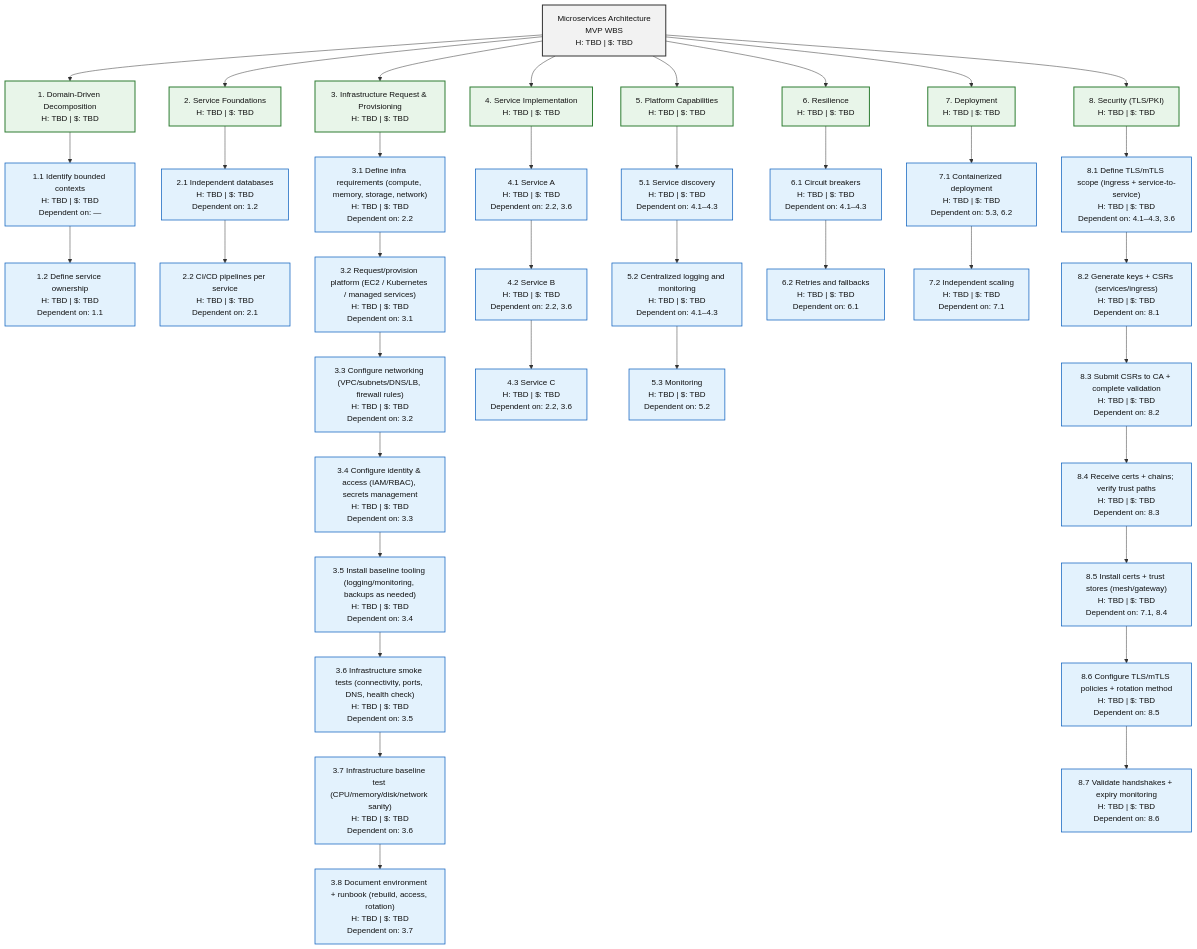
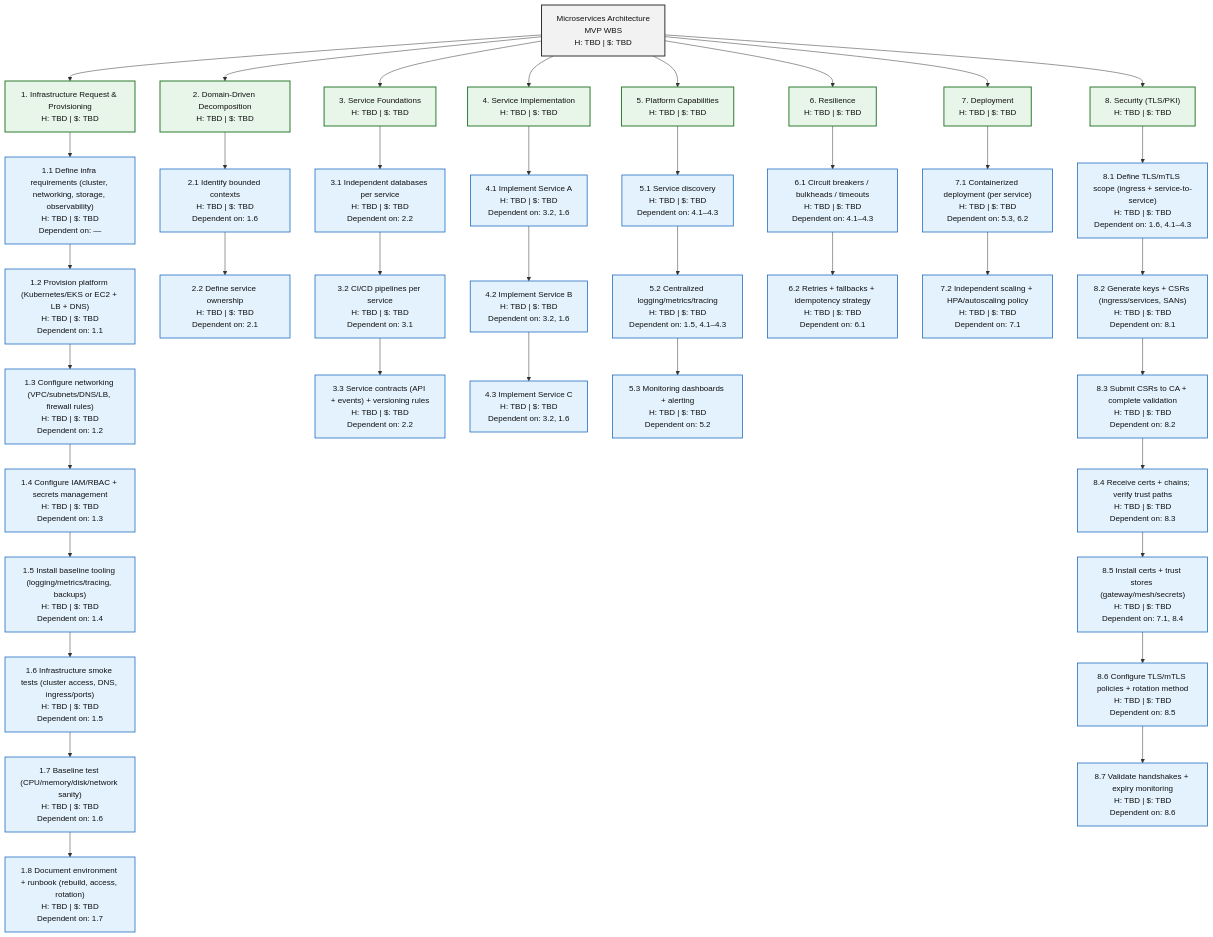
Before and after one commit to lopez-larry/arch-design-documentation: the eighth of 8 diagrams in 30-architecture-styles/5-architecture-style-wbs-overview.md, drawn with Mermaid. The commit also changed other lines of this file, not shown here.

````diff
--- a/30-architecture-styles/5-architecture-style-wbs-overview.md
+++ b/30-architecture-styles/5-architecture-style-wbs-overview.md
@@ -404,54 +404,55 @@
 ```mermaid
 flowchart TB
   A["Microservices Architecture<br/>MVP WBS<br/>H: TBD | $: TBD"]:::summary
 
-  A --> B["1. Domain-Driven Decomposition<br/>H: TBD | $: TBD"]:::phase
-  A --> C["2. Service Foundations<br/>H: TBD | $: TBD"]:::phase
-  A --> I["3. Infrastructure Request & Provisioning<br/>H: TBD | $: TBD"]:::phase
+  A --> I["1. Infrastructure Request & Provisioning<br/>H: TBD | $: TBD"]:::phase
+  A --> B["2. Domain-Driven Decomposition<br/>H: TBD | $: TBD"]:::phase
+  A --> C["3. Service Foundations<br/>H: TBD | $: TBD"]:::phase
   A --> D["4. Service Implementation<br/>H: TBD | $: TBD"]:::phase
   A --> E["5. Platform Capabilities<br/>H: TBD | $: TBD"]:::phase
   A --> F["6. Resilience<br/>H: TBD | $: TBD"]:::phase
   A --> G["7. Deployment<br/>H: TBD | $: TBD"]:::phase
   A --> H["8. Security (TLS/PKI)<br/>H: TBD | $: TBD"]:::phase
 
-  B --> B1["1.1 Identify bounded contexts<br/>H: TBD | $: TBD<br/>Dependent on: —"]:::task
-  B1 --> B2["1.2 Define service ownership<br/>H: TBD | $: TBD<br/>Dependent on: 1.1"]:::task
+  I --> I1["1.1 Define infra requirements (cluster, networking, storage, observability)<br/>H: TBD | $: TBD<br/>Dependent on: —"]:::task
+  I1 --> I2["1.2 Provision platform (Kubernetes/EKS or EC2 + LB + DNS)<br/>H: TBD | $: TBD<br/>Dependent on: 1.1"]:::task
+  I2 --> I3["1.3 Configure networking (VPC/subnets/DNS/LB, firewall rules)<br/>H: TBD | $: TBD<br/>Dependent on: 1.2"]:::task
+  I3 --> I4["1.4 Configure IAM/RBAC + secrets management<br/>H: TBD | $: TBD<br/>Dependent on: 1.3"]:::task
+  I4 --> I5["1.5 Install baseline tooling (logging/metrics/tracing, backups)<br/>H: TBD | $: TBD<br/>Dependent on: 1.4"]:::task
+  I5 --> I6["1.6 Infrastructure smoke tests (cluster access, DNS, ingress/ports)<br/>H: TBD | $: TBD<br/>Dependent on: 1.5"]:::task
+  I6 --> I7["1.7 Baseline test (CPU/memory/disk/network sanity)<br/>H: TBD | $: TBD<br/>Dependent on: 1.6"]:::task
+  I7 --> I8["1.8 Document environment + runbook (rebuild, access, rotation)<br/>H: TBD | $: TBD<br/>Dependent on: 1.7"]:::task
 
-  C --> C1["2.1 Independent databases<br/>H: TBD | $: TBD<br/>Dependent on: 1.2"]:::task
-  C1 --> C2["2.2 CI/CD pipelines per service<br/>H: TBD | $: TBD<br/>Dependent on: 2.1"]:::task
+  B --> B1["2.1 Identify bounded contexts<br/>H: TBD | $: TBD<br/>Dependent on: 1.6"]:::task
+  B1 --> B2["2.2 Define service ownership<br/>H: TBD | $: TBD<br/>Dependent on: 2.1"]:::task
 
-  I --> I1["3.1 Define infra requirements (compute, memory, storage, network)<br/>H: TBD | $: TBD<br/>Dependent on: 2.2"]:::task
-  I1 --> I2["3.2 Request/provision platform (EC2 / Kubernetes / managed services)<br/>H: TBD | $: TBD<br/>Dependent on: 3.1"]:::task
-  I2 --> I3["3.3 Configure networking (VPC/subnets/DNS/LB, firewall rules)<br/>H: TBD | $: TBD<br/>Dependent on: 3.2"]:::task
-  I3 --> I4["3.4 Configure identity & access (IAM/RBAC), secrets management<br/>H: TBD | $: TBD<br/>Dependent on: 3.3"]:::task
-  I4 --> I5["3.5 Install baseline tooling (logging/monitoring, backups as needed)<br/>H: TBD | $: TBD<br/>Dependent on: 3.4"]:::task
-  I5 --> I6["3.6 Infrastructure smoke tests (connectivity, ports, DNS, health check)<br/>H: TBD | $: TBD<br/>Dependent on: 3.5"]:::task
-  I6 --> I7["3.7 Infrastructure baseline test (CPU/memory/disk/network sanity)<br/>H: TBD | $: TBD<br/>Dependent on: 3.6"]:::task
-  I7 --> I8["3.8 Document environment + runbook (rebuild, access, rotation)<br/>H: TBD | $: TBD<br/>Dependent on: 3.7"]:::task
+  C --> C1["3.1 Independent databases per service<br/>H: TBD | $: TBD<br/>Dependent on: 2.2"]:::task
+  C1 --> C2["3.2 CI/CD pipelines per service<br/>H: TBD | $: TBD<br/>Dependent on: 3.1"]:::task
+  C2 --> C3["3.3 Service contracts (API + events) + versioning rules<br/>H: TBD | $: TBD<br/>Dependent on: 2.2"]:::task
 
-  D --> D1["4.1 Service A<br/>H: TBD | $: TBD<br/>Dependent on: 2.2, 3.6"]:::task
-  D1 --> D2["4.2 Service B<br/>H: TBD | $: TBD<br/>Dependent on: 2.2, 3.6"]:::task
-  D2 --> D3["4.3 Service C<br/>H: TBD | $: TBD<br/>Dependent on: 2.2, 3.6"]:::task
+  D --> D1["4.1 Implement Service A<br/>H: TBD | $: TBD<br/>Dependent on: 3.2, 1.6"]:::task
+  D1 --> D2["4.2 Implement Service B<br/>H: TBD | $: TBD<br/>Dependent on: 3.2, 1.6"]:::task
+  D2 --> D3["4.3 Implement Service C<br/>H: TBD | $: TBD<br/>Dependent on: 3.2, 1.6"]:::task
 
   E --> E1["5.1 Service discovery<br/>H: TBD | $: TBD<br/>Dependent on: 4.1–4.3"]:::task
-  E1 --> E2["5.2 Centralized logging and monitoring<br/>H: TBD | $: TBD<br/>Dependent on: 4.1–4.3"]:::task
-  E2 --> E3["5.3 Monitoring<br/>H: TBD | $: TBD<br/>Dependent on: 5.2"]:::task
+  E1 --> E2["5.2 Centralized logging/metrics/tracing<br/>H: TBD | $: TBD<br/>Dependent on: 1.5, 4.1–4.3"]:::task
+  E2 --> E3["5.3 Monitoring dashboards + alerting<br/>H: TBD | $: TBD<br/>Dependent on: 5.2"]:::task
 
-  F --> F1["6.1 Circuit breakers<br/>H: TBD | $: TBD<br/>Dependent on: 4.1–4.3"]:::task
-  F1 --> F2["6.2 Retries and fallbacks<br/>H: TBD | $: TBD<br/>Dependent on: 6.1"]:::task
+  F --> F1["6.1 Circuit breakers / bulkheads / timeouts<br/>H: TBD | $: TBD<br/>Dependent on: 4.1–4.3"]:::task
+  F1 --> F2["6.2 Retries + fallbacks + idempotency strategy<br/>H: TBD | $: TBD<br/>Dependent on: 6.1"]:::task
 
-  G --> G1["7.1 Containerized deployment<br/>H: TBD | $: TBD<br/>Dependent on: 5.3, 6.2"]:::task
-  G1 --> G2["7.2 Independent scaling<br/>H: TBD | $: TBD<br/>Dependent on: 7.1"]:::task
+  G --> G1["7.1 Containerized deployment (per service)<br/>H: TBD | $: TBD<br/>Dependent on: 5.3, 6.2"]:::task
+  G1 --> G2["7.2 Independent scaling + HPA/autoscaling policy<br/>H: TBD | $: TBD<br/>Dependent on: 7.1"]:::task
 
-  H --> H1["8.1 Define TLS/mTLS scope (ingress + service-to-service)<br/>H: TBD | $: TBD<br/>Dependent on: 4.1–4.3, 3.6"]:::task
-  H1 --> H2["8.2 Generate keys + CSRs (services/ingress)<br/>H: TBD | $: TBD<br/>Dependent on: 8.1"]:::task
+  H --> H1["8.1 Define TLS/mTLS scope (ingress + service-to-service)<br/>H: TBD | $: TBD<br/>Dependent on: 1.6, 4.1–4.3"]:::task
+  H1 --> H2["8.2 Generate keys + CSRs (ingress/services, SANs)<br/>H: TBD | $: TBD<br/>Dependent on: 8.1"]:::task
   H2 --> H3["8.3 Submit CSRs to CA + complete validation<br/>H: TBD | $: TBD<br/>Dependent on: 8.2"]:::task
   H3 --> H4["8.4 Receive certs + chains; verify trust paths<br/>H: TBD | $: TBD<br/>Dependent on: 8.3"]:::task
-  H4 --> H5["8.5 Install certs + trust stores (mesh/gateway)<br/>H: TBD | $: TBD<br/>Dependent on: 7.1, 8.4"]:::task
+  H4 --> H5["8.5 Install certs + trust stores (gateway/mesh/secrets)<br/>H: TBD | $: TBD<br/>Dependent on: 7.1, 8.4"]:::task
   H5 --> H6["8.6 Configure TLS/mTLS policies + rotation method<br/>H: TBD | $: TBD<br/>Dependent on: 8.5"]:::task
   H6 --> H7["8.7 Validate handshakes + expiry monitoring<br/>H: TBD | $: TBD<br/>Dependent on: 8.6"]:::task
 
   classDef summary fill:#f2f2f2,stroke:#333,stroke-width:2px,color:#111;
   classDef phase fill:#e8f5e9,stroke:#2e7d32,stroke-width:2px,color:#111;
   classDef task fill:#e3f2fd,stroke:#1565c0,stroke-width:1.5px,color:#111;
 ```
````
